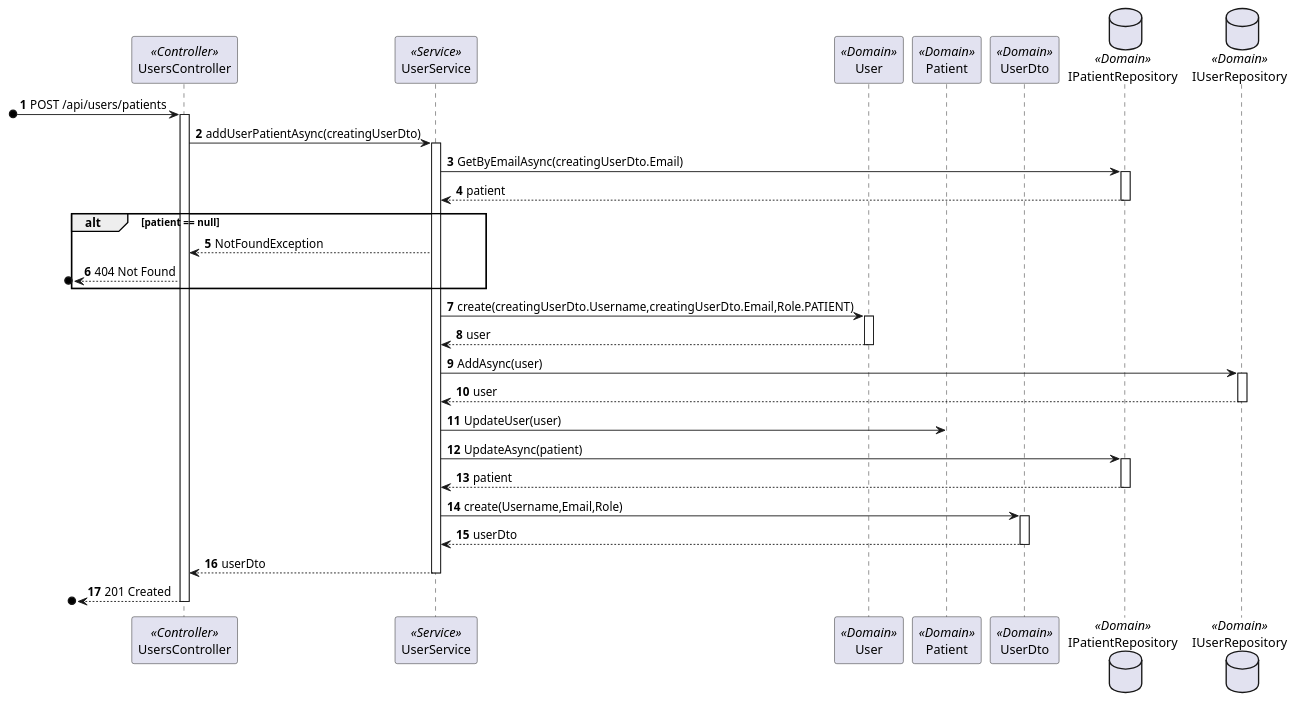
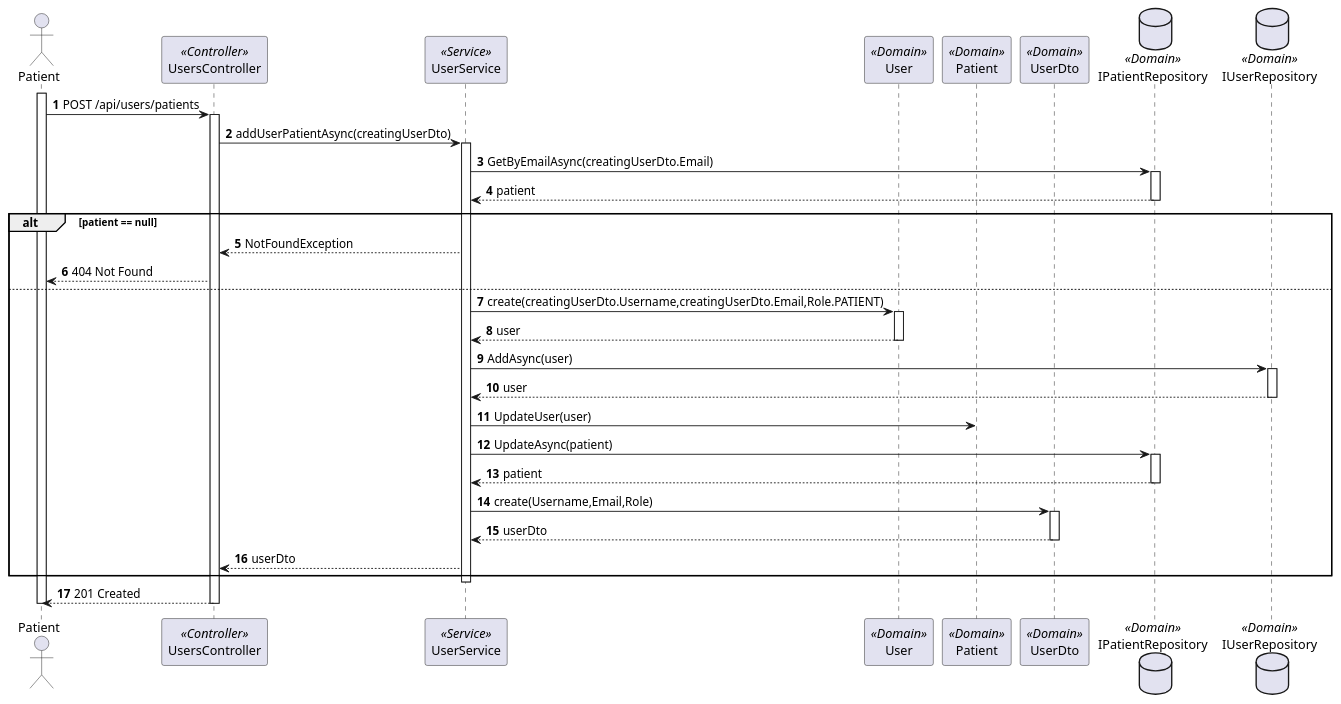
Before and after one commit to 1220846/sem5pi-24-25-3ddg20: the diagram in docs/sprint-a/us-5.1.3/views/level3/process-view-2.puml, drawn with PlantUML. The commit also changed 5 other files, not shown here.

```diff
--- a/docs/sprint-a/us-5.1.3/views/level3/process-view-2.puml
+++ b/docs/sprint-a/us-5.1.3/views/level3/process-view-2.puml
@@ -1,79 +1,86 @@
 @startuml process-view-2
 autonumber
 
+actor "Patient" as PatientActor
 participant "UsersController" as Controller <<Controller>>
 participant "UserService" as Service <<Service>>
 participant "User" as User <<Domain>>
 participant "Patient" as Patient <<Domain>>
 participant "UserDto" as UserDto <<Domain>>
 database "IPatientRepository" as PatientRepository <<Domain>>
 database "IUserRepository" as UserRepository <<Domain>>
 
-?o-> Controller : POST /api/users/patients
+activate PatientActor
 
-activate Controller
+    PatientActor-> Controller : POST /api/users/patients
 
-    Controller -> Service : addUserPatientAsync(creatingUserDto)
+    activate Controller
 
-    activate Service
+        Controller -> Service : addUserPatientAsync(creatingUserDto)
 
-        Service -> PatientRepository : GetByEmailAsync(creatingUserDto.Email)
+        activate Service
 
-        activate PatientRepository
+            Service -> PatientRepository : GetByEmailAsync(creatingUserDto.Email)
 
-            PatientRepository --> Service : patient
+            activate PatientRepository
 
-        deactivate PatientRepository
+                PatientRepository --> Service : patient
 
-        alt patient == null 
+            deactivate PatientRepository
 
-            Service --> Controller : NotFoundException
+            alt patient == null 
 
-            ?o<-- Controller : 404 Not Found
+                Service --> Controller : NotFoundException
 
-        end 
+                PatientActor <-- Controller : 404 Not Found
 
-        Service -> User : create(creatingUserDto.Username,creatingUserDto.Email,Role.PATIENT)
+            else 
 
-        activate User
+                Service -> User : create(creatingUserDto.Username,creatingUserDto.Email,Role.PATIENT)
 
-            User --> Service : user
+                activate User
 
-        deactivate User
+                    User --> Service : user
 
-        Service  -> UserRepository : AddAsync(user)
+                deactivate User
 
-        activate UserRepository
+                Service  -> UserRepository : AddAsync(user)
 
-            UserRepository --> Service : user
+                activate UserRepository
 
-        deactivate UserRepository
+                    UserRepository --> Service : user
 
-        Service -> Patient : UpdateUser(user)
+                deactivate UserRepository
 
-        Service -> PatientRepository : UpdateAsync(patient)
+                Service -> Patient : UpdateUser(user)
 
-        activate PatientRepository
+                Service -> PatientRepository : UpdateAsync(patient)
 
-            PatientRepository -->  Service : patient
-        
-        deactivate PatientRepository
+                activate PatientRepository
 
-        Service -> UserDto : create(Username,Email,Role)
+                    PatientRepository -->  Service : patient
+                
+                deactivate PatientRepository
 
-        activate UserDto
+                Service -> UserDto : create(Username,Email,Role)
 
-            UserDto --> Service : userDto
+                activate UserDto
 
-        deactivate UserDto
+                    UserDto --> Service : userDto
 
-        Service --> Controller : userDto
+                deactivate UserDto
 
-    deactivate Service
+                Service --> Controller : userDto
 
-    ?o<-- Controller : 201 Created
+            end
 
-deactivate Controller
+        deactivate Service
+
+        PatientActor <-- Controller : 201 Created
+
+    deactivate Controller
+
+deactivate PatientActor
 
 
 @enduml
```
